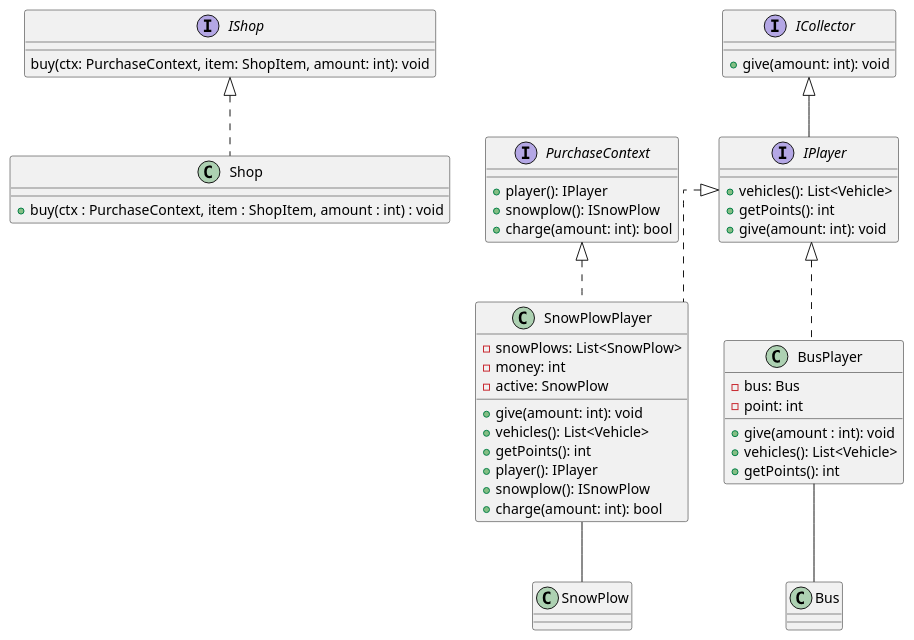
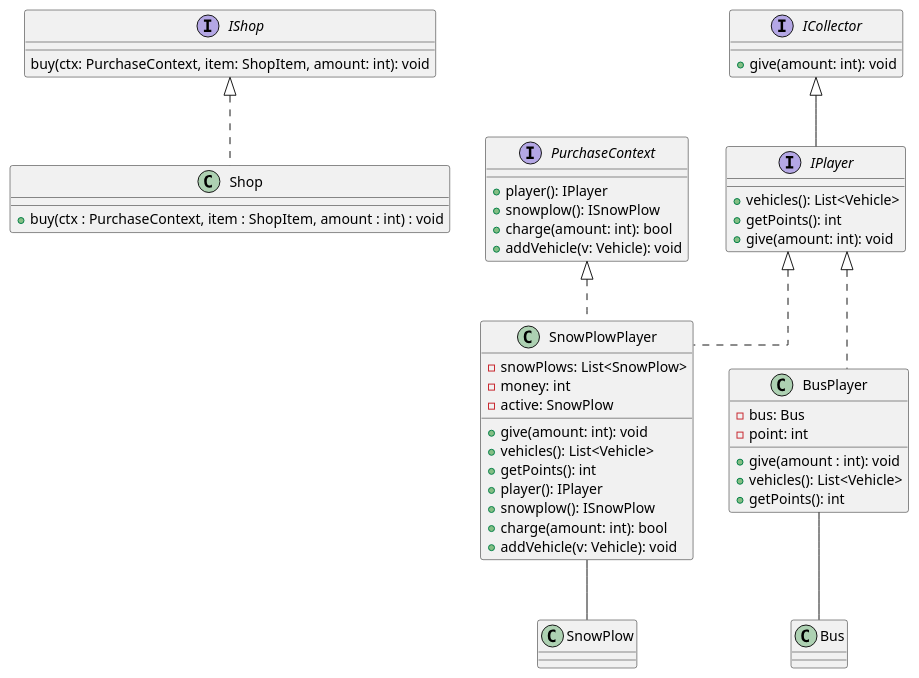
Before and after one commit to uhrinandor/spring: the diagram in docs/analizis1/classdiagram/6.plantuml, drawn with PlantUML. The commit also changed 2 other files, not shown here.

Commit message:
class-diagram fix

```diff
--- a/docs/analizis1/classdiagram/6.plantuml
+++ b/docs/analizis1/classdiagram/6.plantuml
@@ -1,56 +1,58 @@
 @startuml
 
 skinparam linetype ortho
 
 interface IShop {
     buy(ctx: PurchaseContext, item: ShopItem, amount: int): void
 }
 
 interface PurchaseContext{
     + player(): IPlayer
     + snowplow(): ISnowPlow
     + charge(amount: int): bool
+    + addVehicle(v: Vehicle): void
 }
 
 
 interface IPlayer implements ICollector{
     + vehicles(): List<Vehicle>
     + getPoints(): int
     + give(amount: int): void
 }
 
 
 interface ICollector {
     + give(amount: int): void
 }
 
 class SnowPlowPlayer implements IPlayer, PurchaseContext
 {
     -snowPlows: List<SnowPlow>
     -money: int
     -active: SnowPlow
     +give(amount: int): void
     +vehicles(): List<Vehicle>
     +getPoints(): int
     +player(): IPlayer
     +snowplow(): ISnowPlow
     +charge(amount: int): bool
+    +addVehicle(v: Vehicle): void
 }
 
 SnowPlowPlayer -- SnowPlow
 
 class BusPlayer implements IPlayer
 {
     -bus: Bus
     -point: int
     +give(amount : int): void
     +vehicles(): List<Vehicle>
     +getPoints(): int
 }
 
 BusPlayer -- Bus
 class Shop implements IShop{
     + buy(ctx : PurchaseContext, item : ShopItem, amount : int) : void
 }
 
 @enduml
```
